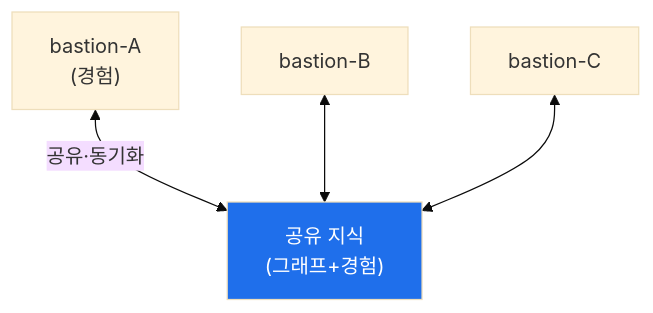
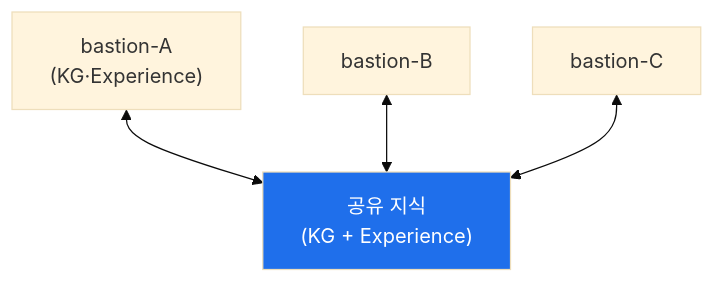
Before and after one commit to mrgrit/tw2: the diagram in contents/training/autonomous-security/lecture_week13.md, drawn with Mermaid (base theme). The commit also changed other lines of this file and 2 other files, not shown here.

First line of the commit message:
docs(autonomous-security): W13·W14·W15 보강·bastion 정합 — 과목 15주 완료

````diff
--- a/contents/training/autonomous-security/lecture_week13.md
+++ b/contents/training/autonomous-security/lecture_week13.md
@@ -55,7 +56,7 @@
 ```mermaid
 graph TD
-    A["bastion-A<br/>(경험)"] <-->|공유·동기화| S["공유 지식<br/>(그래프+경험)"]
+    A["bastion-A<br/>(KG·Experience)"] <--> S["공유 지식<br/>(KG + Experience)"]
     B["bastion-B"] <--> S
     C["bastion-C"] <--> S
     style S fill:#1f6feb,color:#fff
 ```
````
